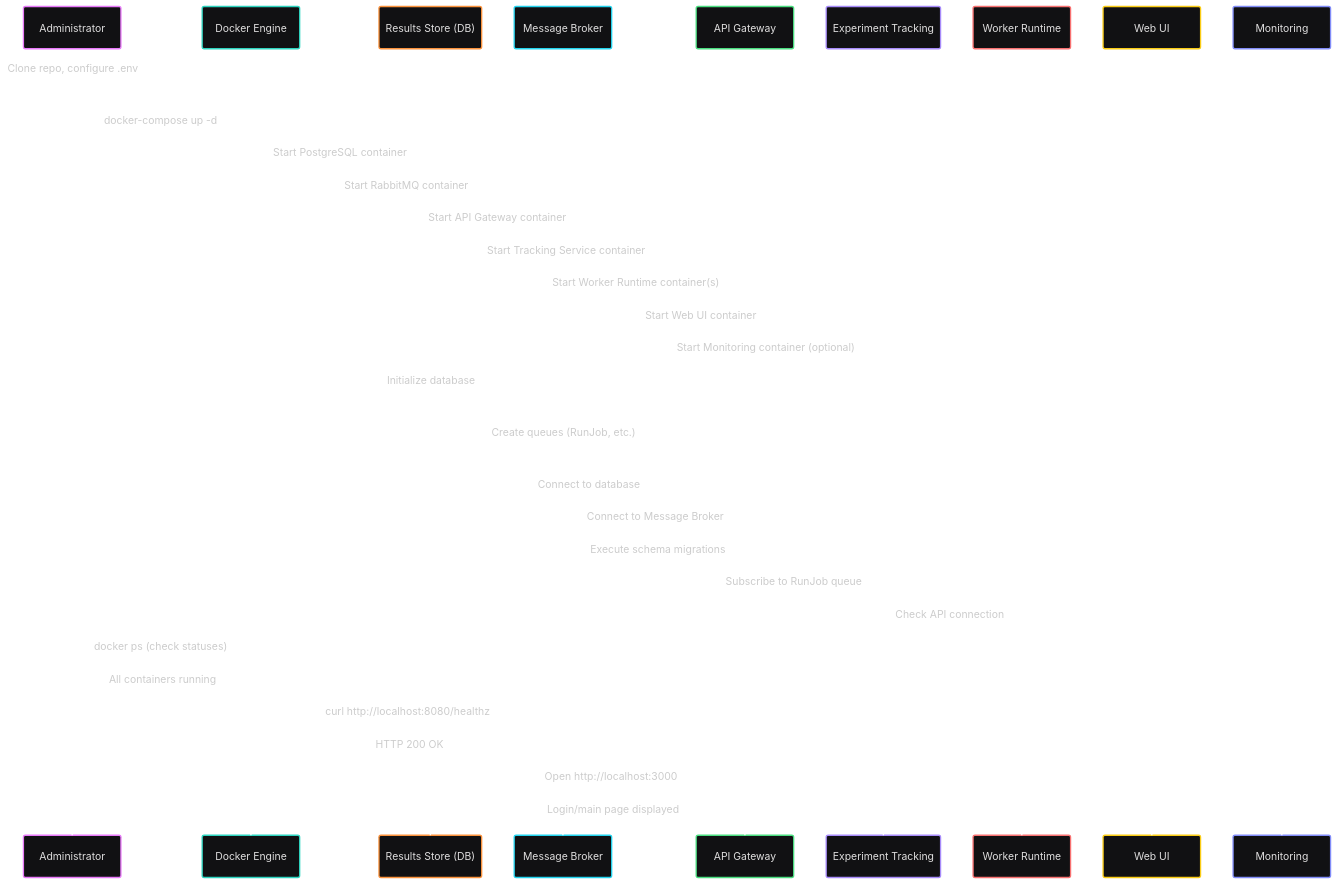
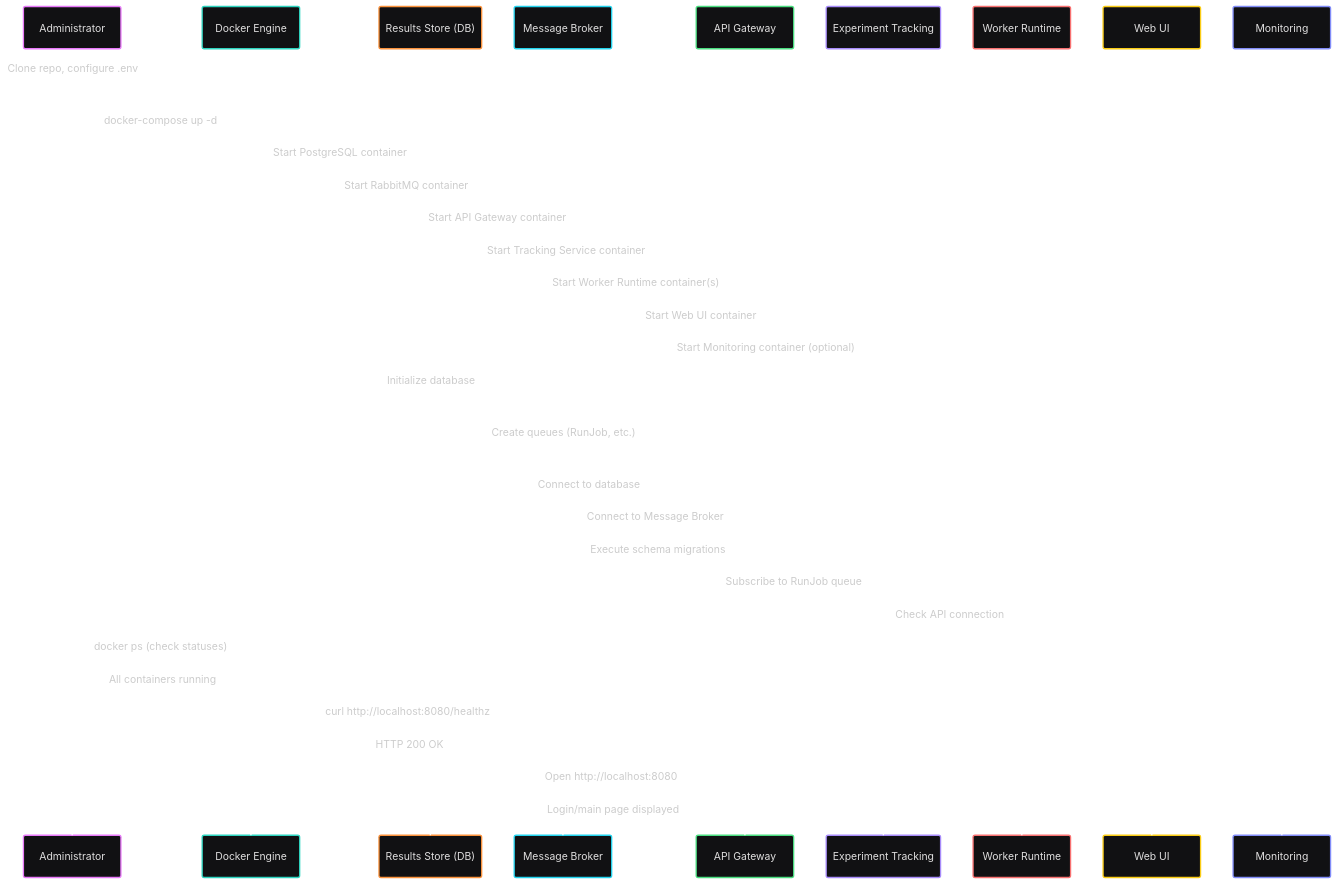
Diagram 23 of 33 in docs/requirements/use-cases.md (jedrzejpolaczek/aviarium.corvidae.corvus_corone), drawn with Mermaid before and after one commit. The commit also changed 13 other files, not shown here.

````diff
--- a/docs/requirements/use-cases.md
+++ b/docs/requirements/use-cases.md
@@ -985,38 +985,38 @@
 ```mermaid
 ---
 config:
   theme: redux-dark-color
 ---
 sequenceDiagram
     participant A3 as Administrator
     participant Docker as Docker Engine
     participant DB as Results Store (DB)
     participant MB as Message Broker
     participant API as API Gateway
     participant ETS as Experiment Tracking
     participant WR as Worker Runtime
     participant UI as Web UI
     participant MON as Monitoring
     A3->>A3: Clone repo, configure .env
     A3->>Docker: docker-compose up -d
     Docker->>DB: Start PostgreSQL container
     Docker->>MB: Start RabbitMQ container
     Docker->>API: Start API Gateway container
     Docker->>ETS: Start Tracking Service container
     Docker->>WR: Start Worker Runtime container(s)
     Docker->>UI: Start Web UI container
     Docker->>MON: Start Monitoring container (optional)
     DB->>DB: Initialize database
     MB->>MB: Create queues (RunJob, etc.)
     API->>DB: Connect to database
     API->>MB: Connect to Message Broker
     ETS->>DB: Execute schema migrations
     WR->>MB: Subscribe to RunJob queue
     UI->>API: Check API connection
     A3->>Docker: docker ps (check statuses)
     Docker-->>A3: All containers running
     A3->>API: curl http://localhost:8080/healthz
     API-->>A3: HTTP 200 OK
-    A3->>UI: Open http://localhost:3000
+    A3->>UI: Open http://localhost:8080
     UI-->>A3: Login/main page displayed
 ```
````
